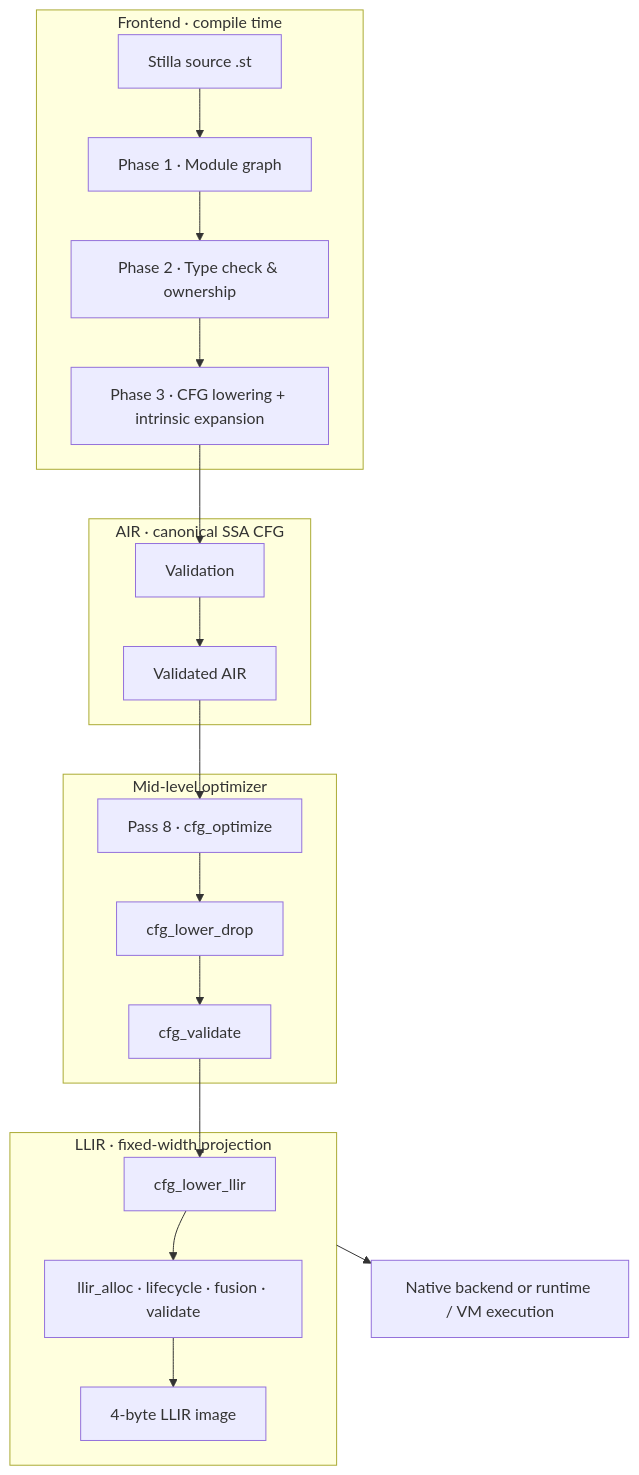
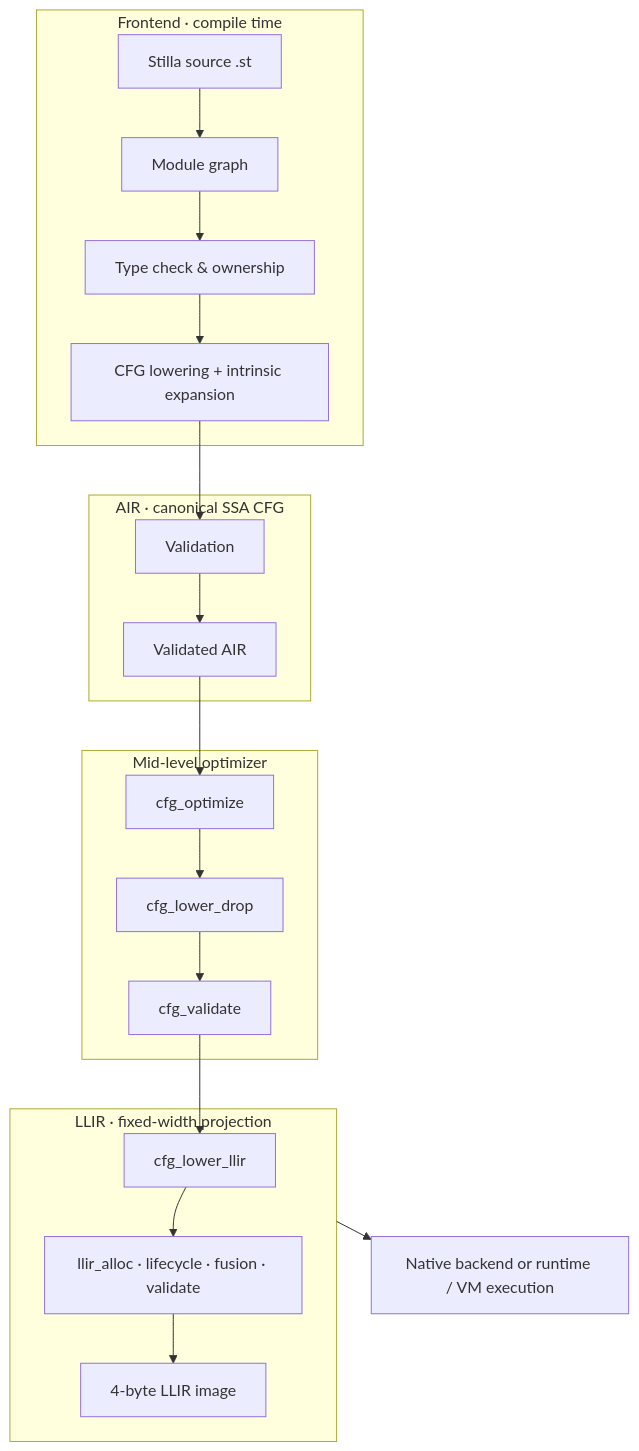
One commit to zoltrazig/stilla changed the first of 2 diagrams in spec/README.md. Above: the diagram before and after it, drawn with Mermaid. The commit also changed other lines of this file and 4 other files, not shown here.

First line of the commit message:
docs(spec): replace Phase/Pass numbering with stage names

````diff
--- a/spec/README.md
+++ b/spec/README.md
@@ -18,27 +18,27 @@
 ```mermaid
 flowchart TD
     subgraph Compile["Frontend · compile time"]
-        A["Stilla source .st"] --> B["Phase 1 · Module graph"]
-        B --> C["Phase 2 · Type check & ownership"]
-        C --> D["Phase 3 · CFG lowering + intrinsic expansion"]
+        A["Stilla source .st"] --> B["Module graph"]
+        B --> C["Type check & ownership"]
+        C --> D["CFG lowering + intrinsic expansion"]
     end
 
     subgraph Air["AIR · canonical SSA CFG"]
         D --> E["Validation"]
         E --> F["Validated AIR"]
     end
 
     subgraph Opt["Mid-level optimizer"]
-        F --> G["Pass 8 · cfg_optimize"]
+        F --> G["cfg_optimize"]
         G --> H["cfg_lower_drop"]
         H --> I["cfg_validate"]
     end
 
     subgraph Llir["LLIR · fixed-width projection"]
         I --> J["cfg_lower_llir"]
         J --> K["llir_alloc · lifecycle · fusion · validate"]
         K --> L["4-byte LLIR image"]
     end
 
     Llir --> R["Native backend or runtime / VM execution"]
 ```
````
